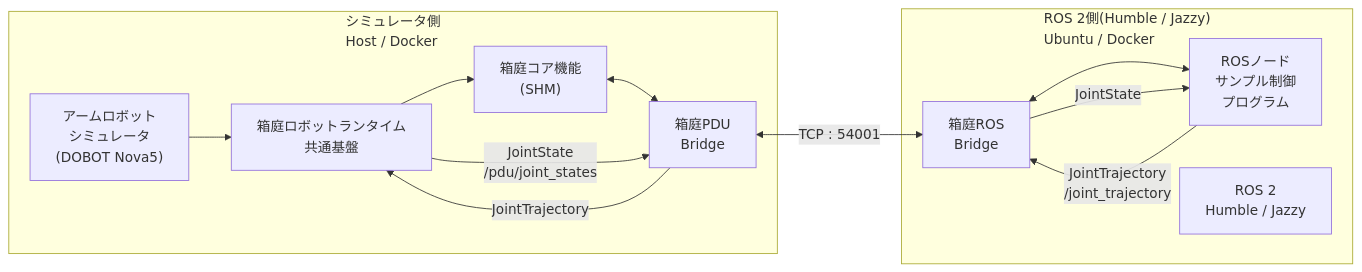
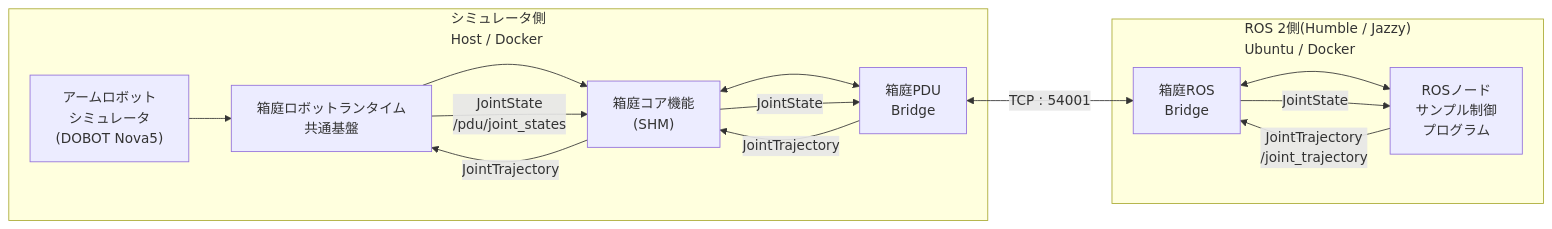
Before and after one commit to teras-project/hakoniwa-robot-arm: the diagram in README.md, drawn with Mermaid.

Commit message:
refactored the diagram

`````diff
--- a/README.md
+++ b/README.md
@@ -25,30 +25,31 @@
 ```mermaid
 flowchart LR
 
   subgraph SIM["シミュレータ側<br/>Host / Docker"]
     SimApp["アームロボット<br/>シミュレータ<br/>(DOBOT Nova5)"]
     RobotRuntime["箱庭ロボットランタイム<br/>共通基盤"]
     Core["箱庭コア機能<br/>(SHM)"]
     PduBridge["箱庭PDU<br/>Bridge"]
 
     SimApp --> RobotRuntime
     RobotRuntime --> Core
     Core <--> PduBridge
   end
 
   subgraph ROS["ROS 2側(Humble / Jazzy)<br/>Ubuntu / Docker"]
     RosBridge["箱庭ROS<br/>Bridge"]
     RosNode["ROSノード<br/>サンプル制御<br/>プログラム"]
-    Ros2["ROS 2<br/>Humble / Jazzy"]
 
     RosBridge <--> RosNode
   end
 
   PduBridge <-->|"TCP : 54001"| RosBridge
 
-  RobotRuntime -->|"JointState<br/>/pdu/joint_states"| PduBridge
+  RobotRuntime -->|"JointState<br/>/pdu/joint_states"| Core
+  Core -->|"JointState"| PduBridge
   RosBridge -->|"JointState"| RosNode
 
   RosNode -->|"JointTrajectory<br/>/joint_trajectory"| RosBridge
-  PduBridge -->|"JointTrajectory"| RobotRuntime
+  PduBridge -->|"JointTrajectory"| Core
+  Core -->|"JointTrajectory"| RobotRuntime
 ````
`````
